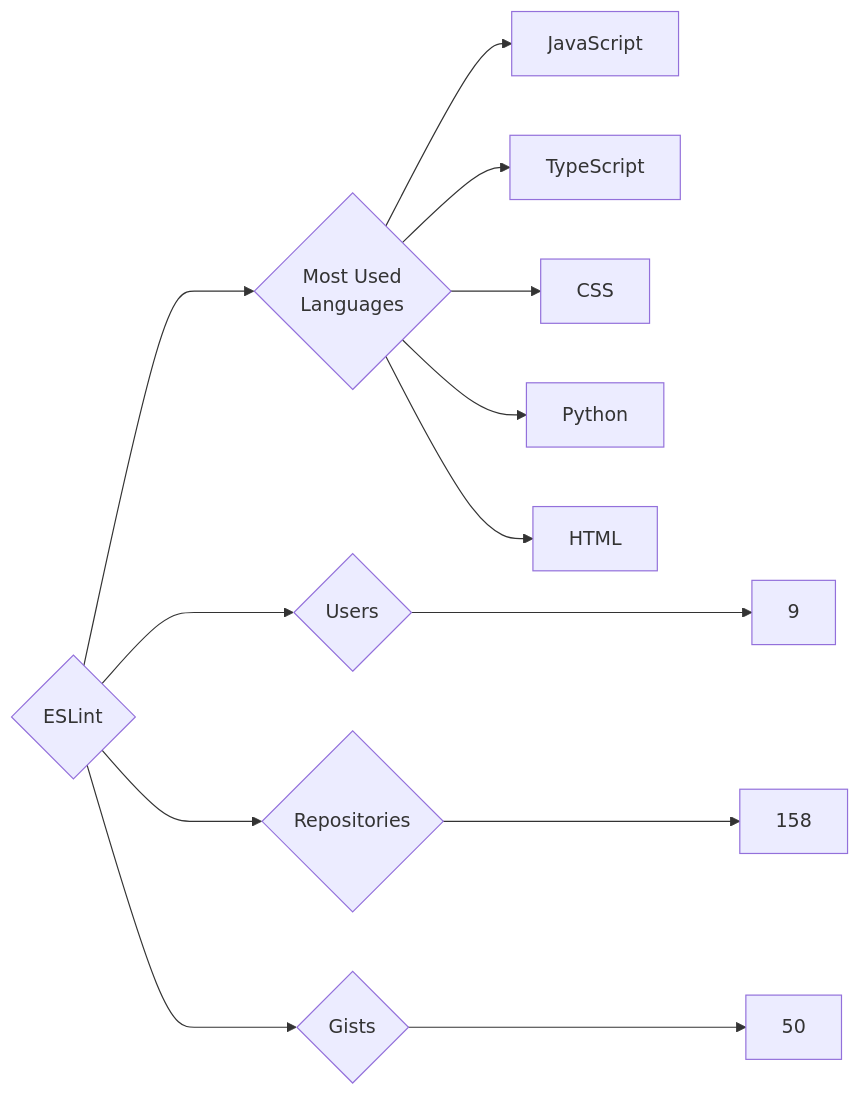
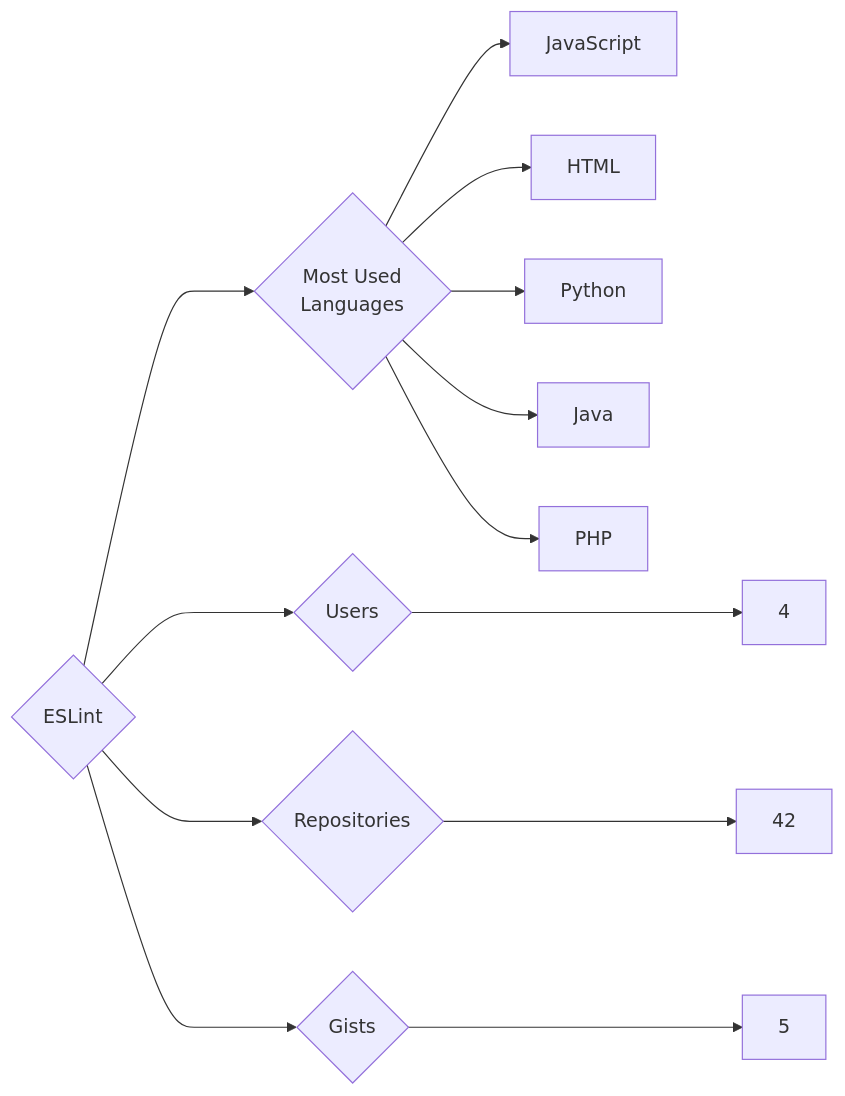
The diagram in targets/ESLint/README.md (trickest/insiders), drawn with Mermaid before and after one commit. The commit also changed 1089 other files, not shown here.

````diff
--- a/targets/ESLint/README.md
+++ b/targets/ESLint/README.md
@@ -3,13 +3,13 @@
 ```mermaid
 graph LR
 COMPANY_NAME{ESLint}
-COMPANY_NAME ---> U{Users} ---> UN[9]
-COMPANY_NAME ---> R{Repositories} ---> RN[158]
-COMPANY_NAME ---> G{Gists} ---> GN[50]
+COMPANY_NAME ---> U{Users} ---> UN[4]
+COMPANY_NAME ---> R{Repositories} ---> RN[42]
+COMPANY_NAME ---> G{Gists} ---> GN[5]
 COMPANY_NAME ---> ML{Most Used<br>Languages}
 ML --> JavaScript[JavaScript]
-ML --> TypeScript[TypeScript]
-ML --> CSS[CSS]
+ML --> HTML[HTML]
 ML --> Python[Python]
-ML --> HTML[HTML]
+ML --> Java[Java]
+ML --> PHP[PHP]
 ```
````
